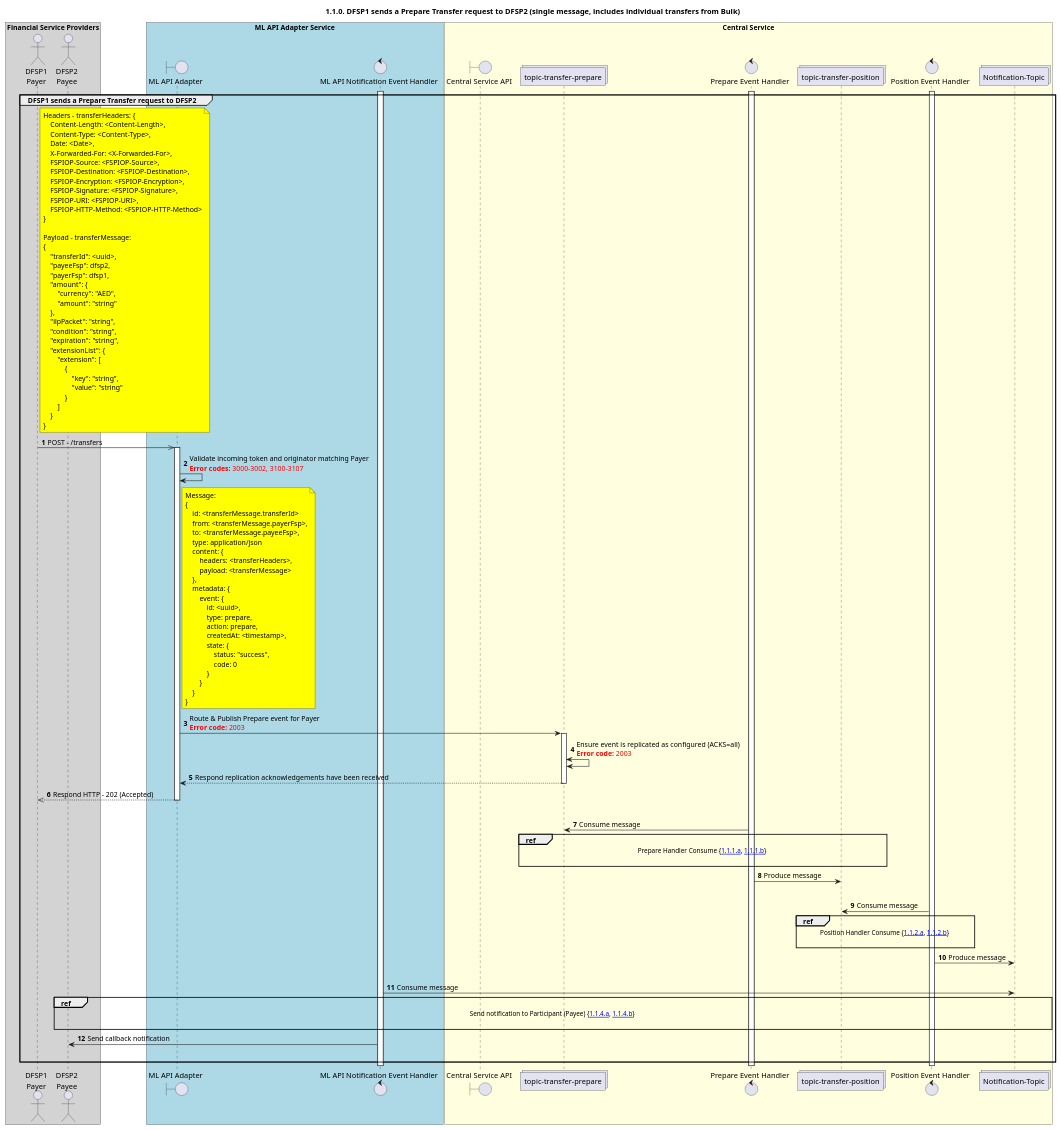
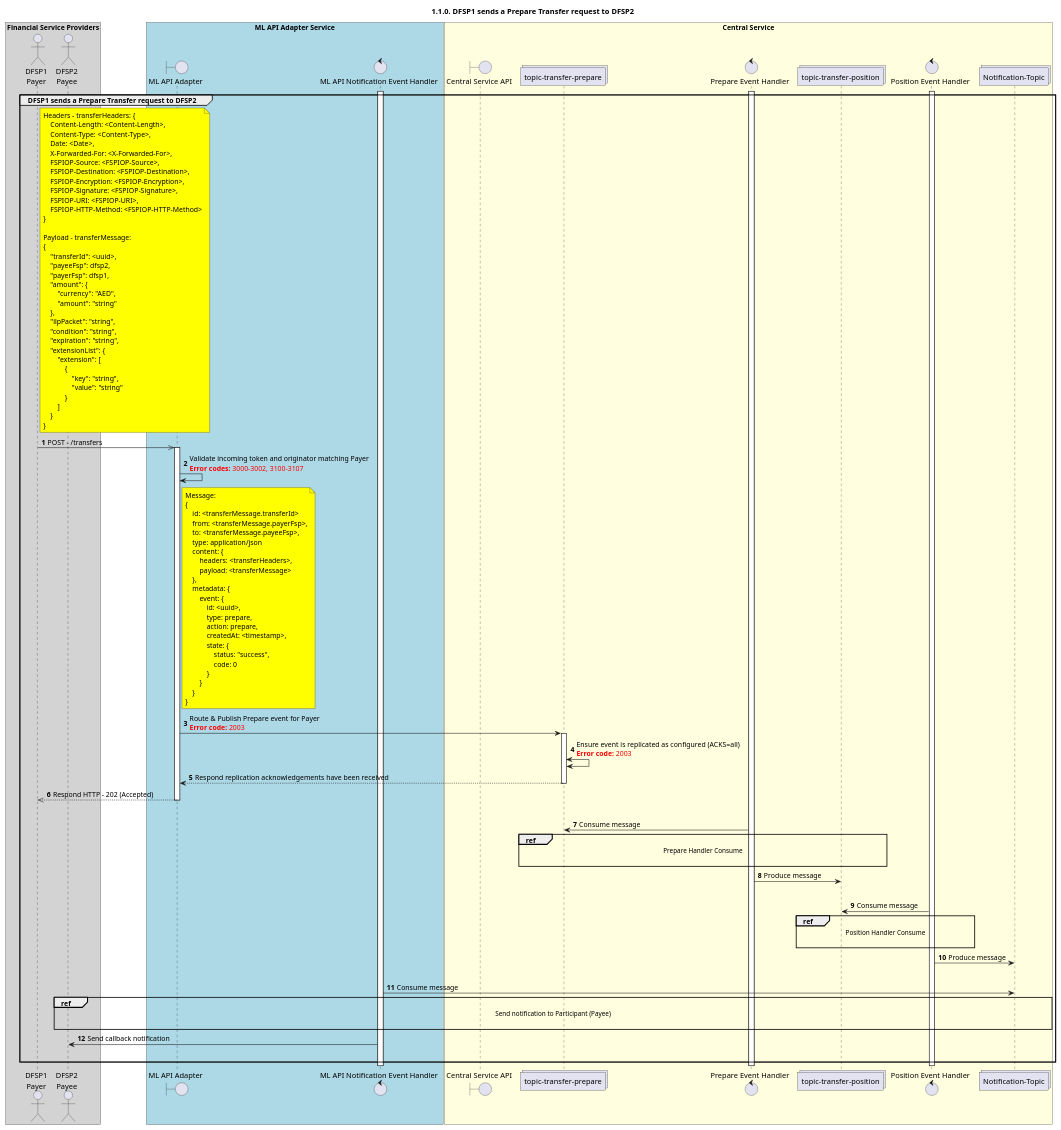
Before and after one commit to mojaloop/documentation: the diagram in mojaloop-technical-overview/central-ledger/assets/diagrams/sequence/seq-prepare-1.1.0.plantuml, drawn with PlantUML. The commit also changed 147 other files, not shown here.

```diff
--- a/mojaloop-technical-overview/central-ledger/assets/diagrams/sequence/seq-prepare-1.1.0.plantuml
+++ b/mojaloop-technical-overview/central-ledger/assets/diagrams/sequence/seq-prepare-1.1.0.plantuml
@@ -26,138 +26,138 @@
 @startuml
 ' declate title
-title 1.1.0. DFSP1 sends a Prepare Transfer request to DFSP2 (single message, includes individual transfers from Bulk)
+title 1.1.0. DFSP1 sends a Prepare Transfer request to DFSP2
 
 autonumber
 
 ' Actor Keys:
 '   boundary - APIs/Interfaces, etc
 '   collections - Kafka Topics
 '   control - Kafka Consumers
 '   entity - Database Access Objects
 '   database - Database Persistance Store
 
 ' declare actors
 actor "DFSP1\nPayer" as DFSP1
 actor "DFSP2\nPayee" as DFSP2
 boundary "ML API Adapter" as MLAPI
 control "ML API Notification Event Handler" as NOTIFY_HANDLER
 boundary "Central Service API" as CSAPI
 collections "topic-transfer-prepare" as TOPIC_TRANSFER_PREPARE
 control "Prepare Event Handler" as PREP_HANDLER
 collections "topic-transfer-position" as TOPIC_TRANSFER_POSITION
 control "Position Event Handler" as POS_HANDLER
 collections "Notification-Topic" as TOPIC_NOTIFICATIONS
 
 box "Financial Service Providers" #lightGray
 	participant DFSP1
 	participant DFSP2
 end box
 
 box "ML API Adapter Service" #LightBlue
 	participant MLAPI
 	participant NOTIFY_HANDLER
 end box
 
 box "Central Service" #LightYellow
     participant CSAPI
 	participant TOPIC_TRANSFER_PREPARE
     participant PREP_HANDLER
     participant TOPIC_TRANSFER_POSITION
     participant POS_HANDLER
     participant TOPIC_NOTIFICATIONS
 end box
 
 ' start flow
 activate NOTIFY_HANDLER
 activate PREP_HANDLER
 activate POS_HANDLER
 group DFSP1 sends a Prepare Transfer request to DFSP2
     note right of DFSP1 #yellow
         Headers - transferHeaders: {
             Content-Length: <Content-Length>,
             Content-Type: <Content-Type>,
             Date: <Date>,
             X-Forwarded-For: <X-Forwarded-For>,
             FSPIOP-Source: <FSPIOP-Source>,
             FSPIOP-Destination: <FSPIOP-Destination>,
             FSPIOP-Encryption: <FSPIOP-Encryption>,
             FSPIOP-Signature: <FSPIOP-Signature>,
             FSPIOP-URI: <FSPIOP-URI>,
             FSPIOP-HTTP-Method: <FSPIOP-HTTP-Method>
         }
 
         Payload - transferMessage:
         {
             "transferId": <uuid>,
             "payeeFsp": dfsp2,
             "payerFsp": dfsp1,
             "amount": {
                 "currency": "AED",
                 "amount": "string"
             },
             "ilpPacket": "string",
             "condition": "string",
             "expiration": "string",
             "extensionList": {
                 "extension": [
                     {
                         "key": "string",
                         "value": "string"
                     }
                 ]
             }
         }
     end note
     DFSP1 ->> MLAPI: POST - /transfers
     activate MLAPI
     MLAPI -> MLAPI: Validate incoming token and originator matching Payer\n<color #FF0000><b>Error codes:</b> 3000-3002, 3100-3107</color>
     note right of MLAPI #yellow
         Message:
         {
             id: <transferMessage.transferId>
             from: <transferMessage.payerFsp>,
             to: <transferMessage.payeeFsp>,
             type: application/json
             content: {
                 headers: <transferHeaders>,
                 payload: <transferMessage>
             },
             metadata: {
                 event: {
                     id: <uuid>,
                     type: prepare,
                     action: prepare,
                     createdAt: <timestamp>,
                     state: {
                         status: "success",
                         code: 0
                     }
                 }
             }
         }
     end note
     MLAPI -> TOPIC_TRANSFER_PREPARE: Route & Publish Prepare event for Payer\n<color #FF0000><b>Error code:</b> 2003</color>
     activate TOPIC_TRANSFER_PREPARE
     TOPIC_TRANSFER_PREPARE <-> TOPIC_TRANSFER_PREPARE: Ensure event is replicated as configured (ACKS=all)\n<color #FF0000><b>Error code:</b> 2003</color>
     TOPIC_TRANSFER_PREPARE --> MLAPI: Respond replication acknowledgements have been received
     deactivate TOPIC_TRANSFER_PREPARE
     MLAPI -->> DFSP1: Respond HTTP - 202 (Accepted)
     deactivate MLAPI
     |||
     TOPIC_TRANSFER_PREPARE <- PREP_HANDLER: Consume message
-    ref over TOPIC_TRANSFER_PREPARE, PREP_HANDLER, TOPIC_TRANSFER_POSITION :  Prepare Handler Consume {[[https://github.com/mojaloop/docs/blob/master/Diagrams/SequenceDiagrams/seq-prepare-1.1.1.a.svg 1.1.1.a]], [[https://github.com/mojaloop/docs/blob/master/Diagrams/SequenceDiagrams/seq-prepare-1.1.1.b.svg 1.1.1.b]]} \n
+    ref over TOPIC_TRANSFER_PREPARE, PREP_HANDLER, TOPIC_TRANSFER_POSITION :  Prepare Handler Consume\n
     PREP_HANDLER -> TOPIC_TRANSFER_POSITION: Produce message
     |||
     TOPIC_TRANSFER_POSITION <- POS_HANDLER: Consume message
-    ref over TOPIC_TRANSFER_POSITION, POS_HANDLER : Position Handler Consume {[[https://github.com/mojaloop/docs/blob/master/Diagrams/SequenceDiagrams/seq-prepare-1.1.2.a.svg 1.1.2.a]], [[https://github.com/mojaloop/docs/blob/master/Diagrams/SequenceDiagrams/seq-prepare-1.1.2.b.svg 1.1.2.b]]} \n
+    ref over TOPIC_TRANSFER_POSITION, POS_HANDLER : Position Handler Consume\n
     POS_HANDLER -> TOPIC_NOTIFICATIONS: Produce message
     |||
     TOPIC_NOTIFICATIONS <- NOTIFY_HANDLER: Consume message
-    ref over DFSP2, TOPIC_NOTIFICATIONS : Send notification to Participant (Payee) {[[https://github.com/mojaloop/docs/blob/master/Diagrams/SequenceDiagrams/seq-prepare-1.1.4.a.svg 1.1.4.a]], [[https://github.com/mojaloop/docs/blob/master/Diagrams/SequenceDiagrams/seq-prepare-1.1.4.b.svg 1.1.4.b]]} \n
+    ref over DFSP2, TOPIC_NOTIFICATIONS : Send notification to Participant (Payee)\n
     NOTIFY_HANDLER -> DFSP2: Send callback notification
     |||
 end
 deactivate POS_HANDLER
 deactivate PREP_HANDLER
 deactivate NOTIFY_HANDLER
 @enduml
```
